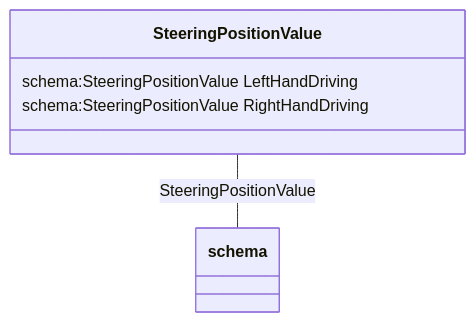
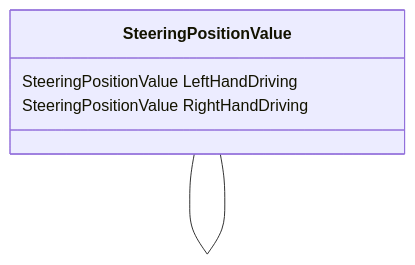
The diagram in datamodel-build/mermaid/SteeringPositionValue.mmd (codexstanford/Insurance-Payout-Ontology), drawn with Mermaid before and after one commit. The commit also changed 3245 other files, not shown here.

Commit message:
Clean build with full schema

```diff
--- a/datamodel-build/mermaid/SteeringPositionValue.mmd
+++ b/datamodel-build/mermaid/SteeringPositionValue.mmd
@@ -1,10 +1,10 @@
 classDiagram
-  SteeringPositionValue -- schema:SteeringPositionValue
+  SteeringPositionValue -- SteeringPositionValue
 
 
 class SteeringPositionValue {
 
-  schema:SteeringPositionValue LeftHandDriving
-  schema:SteeringPositionValue RightHandDriving
+  SteeringPositionValue LeftHandDriving
+  SteeringPositionValue RightHandDriving
 
  }
```
